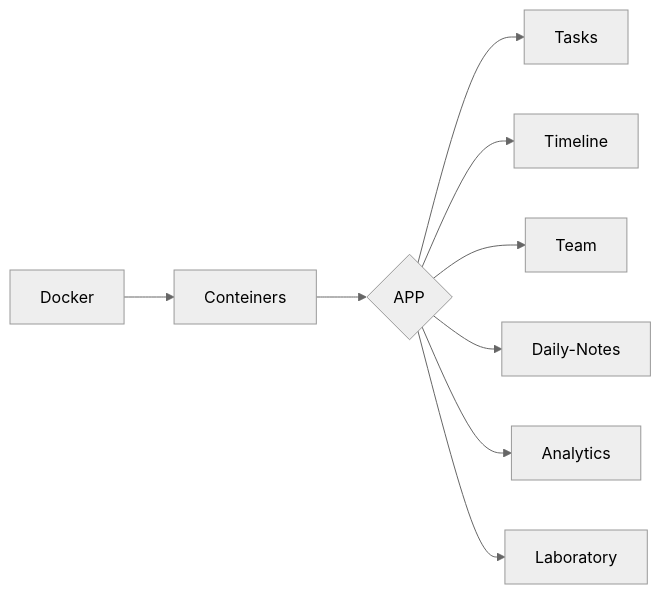
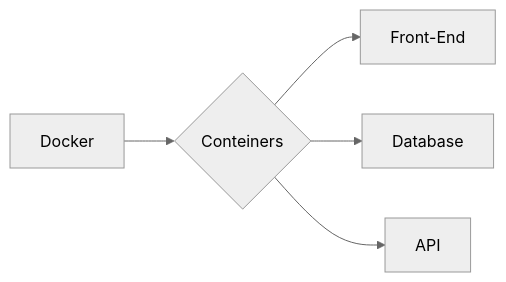
Before and after one commit to SauloCandeira/pattern-docker: the diagram in readme.md, drawn with Mermaid (neutral theme).

````diff
--- a/readme.md
+++ b/readme.md
@@ -16,13 +16,9 @@
 ```mermaid
 flowchart LR
-A[Docker] --> B[Conteiners]
+B[Docker]
 
-B --> C{APP}
-C --> J[Tasks]
-C --> K[Timeline]
-C --> L[Team]
-C --> M[Daily-Notes]
-C --> N[Analytics]
-C --> O[Laboratory]
-
+B --> C{Conteiners}
+C --> J[Front-End]
+C --> K[Database]
+C --> L[API]
 ```
````
